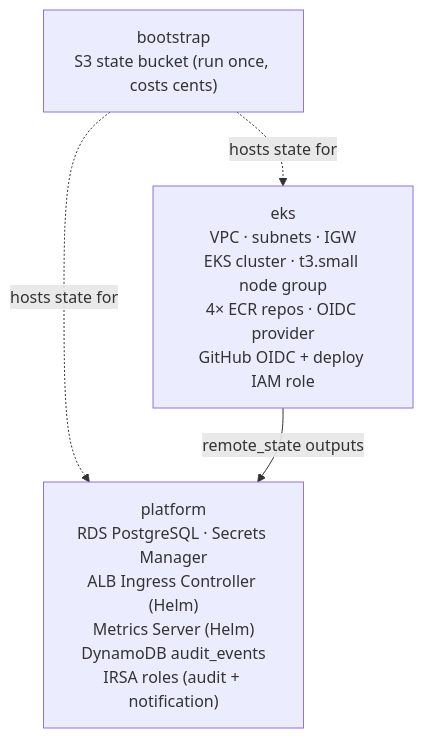
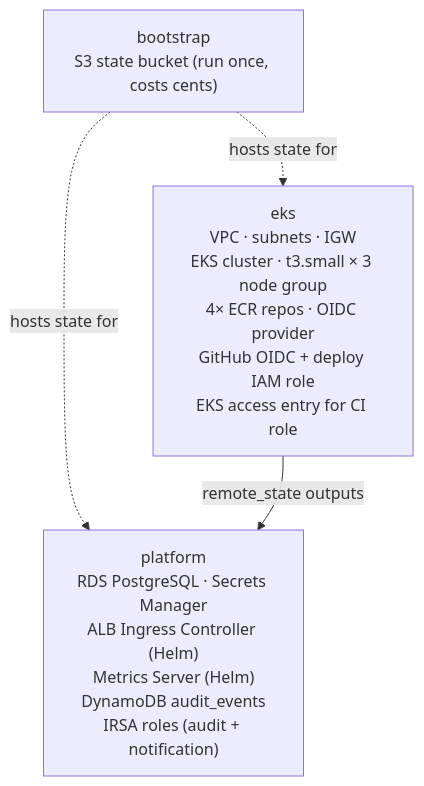
One commit to chala2001/cloud-care-k8s changed the seventh of 7 diagrams in README.md. Above: the diagram before and after it, drawn with Mermaid. The commit also changed other lines of this file, not shown here.

````diff
--- a/README.md
+++ b/README.md
@@ -442,9 +459,9 @@
 ```mermaid
 flowchart TB
     BS["bootstrap\nS3 state bucket (run once, costs cents)"]
-    EKS["eks\nVPC · subnets · IGW\nEKS cluster · t3.small node group\n4× ECR repos · OIDC provider\nGitHub OIDC + deploy IAM role"]
+    EKS["eks\nVPC · subnets · IGW\nEKS cluster · t3.small × 3 node group\n4× ECR repos · OIDC provider\nGitHub OIDC + deploy IAM role\nEKS access entry for CI role"]
     PLAT["platform\nRDS PostgreSQL · Secrets Manager\nALB Ingress Controller (Helm)\nMetrics Server (Helm)\nDynamoDB audit_events\nIRSA roles (audit + notification)"]
 
     BS -.->|hosts state for| EKS & PLAT
     EKS -->|remote_state outputs| PLAT
 ```
````
